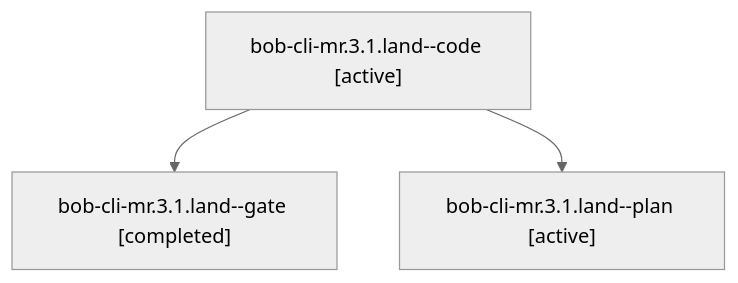
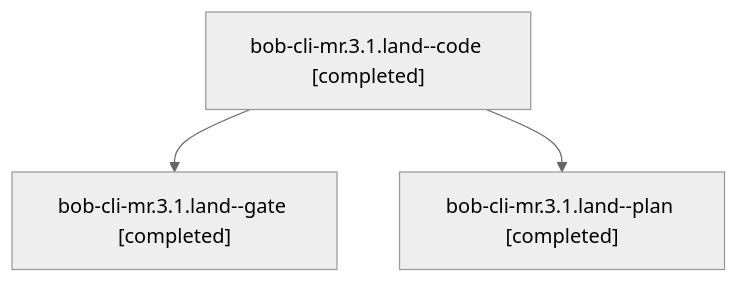
Before and after one commit to bobs-org/bob-cli--agents: the diagram in sessions/bbugyi200.athena.bob-cli-mr.3.1.land.md, drawn with Mermaid (neutral theme). The commit also changed other lines of this file and 36 other files, not shown here.

````diff
--- a/sessions/bbugyi200.athena.bob-cli-mr.3.1.land.md
+++ b/sessions/bbugyi200.athena.bob-cli-mr.3.1.land.md
@@ -9,8 +9,8 @@
 ```mermaid
 flowchart TD
-  n0["bob-cli-mr.3.1.land--code [active]"]
+  n0["bob-cli-mr.3.1.land--code [completed]"]
   n1["bob-cli-mr.3.1.land--gate [completed]"]
   n0 --> n1
-  n2["bob-cli-mr.3.1.land--plan [active]"]
+  n2["bob-cli-mr.3.1.land--plan [completed]"]
   n0 --> n2
 ```
````
